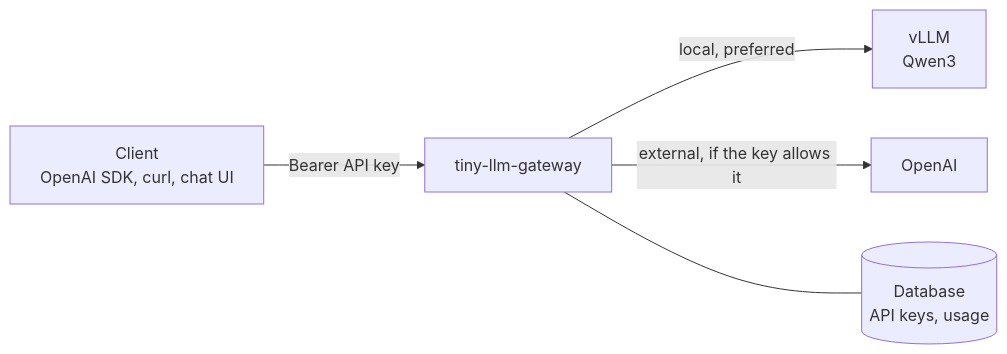
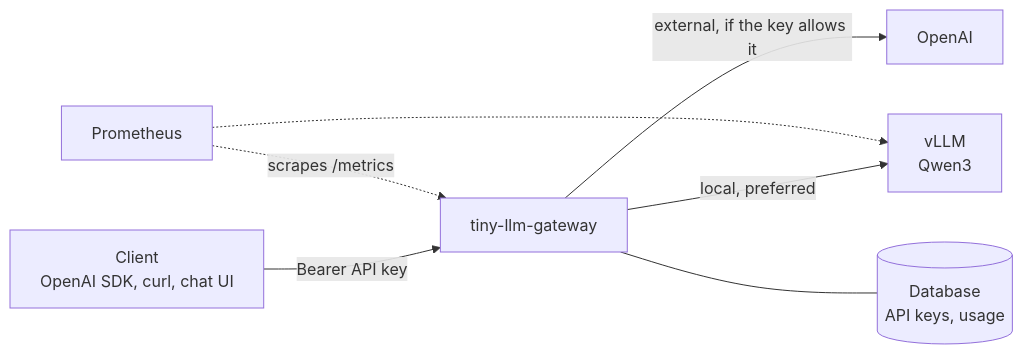
The diagram in README.md (lukasgebhard/tiny-llm-gateway), drawn with Mermaid before and after one commit. The commit also changed other lines of this file and 12 other files, not shown here.

First line of the commit message:
Add Prometheus metrics and a Prometheus deployment

````diff
--- a/README.md
+++ b/README.md
@@ -11,7 +12,9 @@
 ```mermaid
 flowchart LR
     C[Client<br/>OpenAI SDK, curl, chat UI] -->|Bearer API key| G[tiny-llm-gateway]
     G -->|local, preferred| V[vLLM<br/>Qwen3]
     G -->|external, if the key allows it| O[OpenAI]
     G --- DB[(Database<br/>API keys, usage)]
+    P[Prometheus] -.->|scrapes /metrics| G
+    P -.-> V
 ```
````
